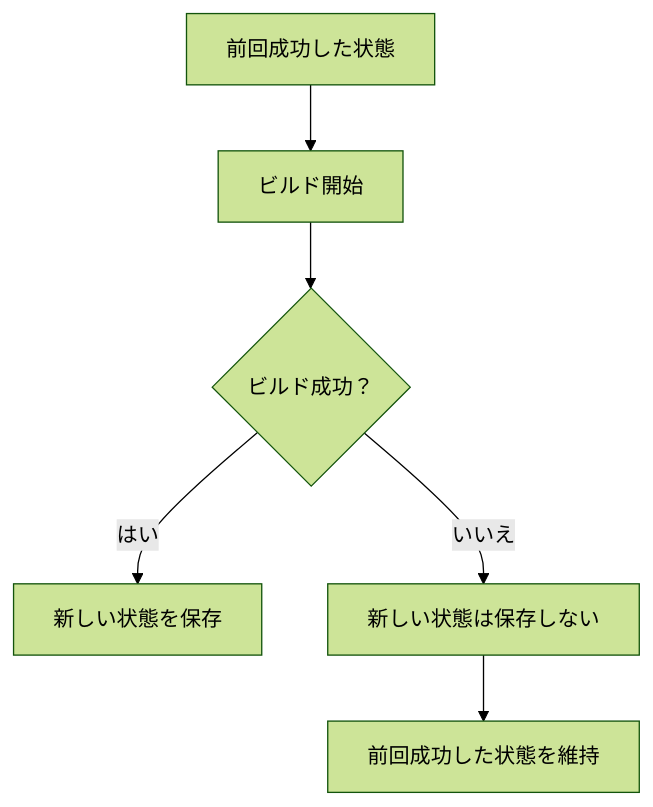
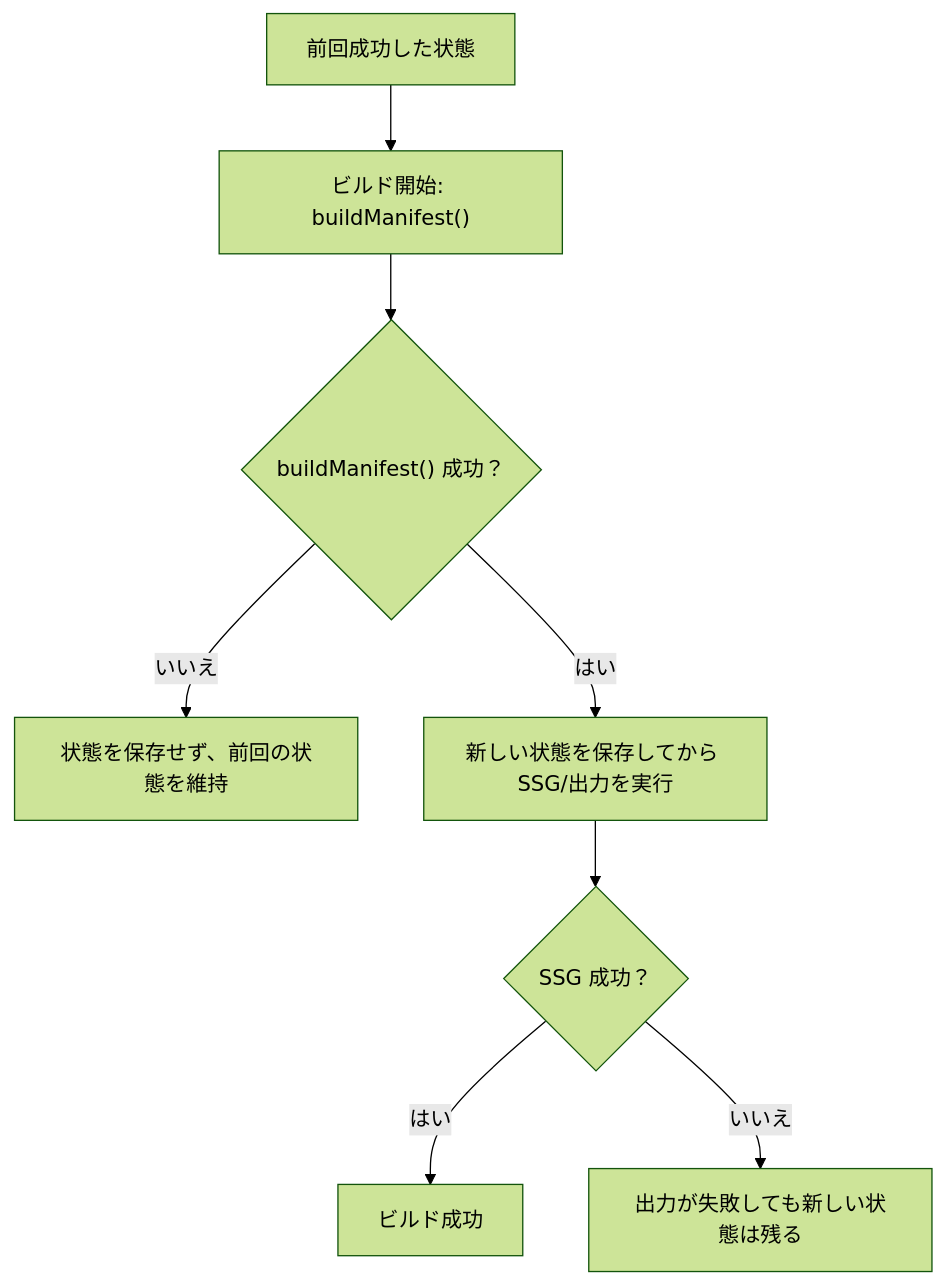
One commit to Rerurate514/riebeckite changed the first of 2 diagrams in docs/docs/framework/build-system/incremental.ja.md. Above: the diagram before and after it, drawn with Mermaid (forest theme). The commit also changed other lines of this file and 47 other files, not shown here.

````diff
--- a/docs/docs/framework/build-system/incremental.ja.md
+++ b/docs/docs/framework/build-system/incremental.ja.md
@@ -46,10 +48,11 @@
 ```mermaid
 flowchart TD
-    A["前回成功した状態"] --> B["ビルド開始"]
-    B --> C{"ビルド成功？"}
+    A["前回成功した状態"] --> B["ビルド開始: buildManifest()"]
+    B --> C{"buildManifest() 成功？"}
+    C -->|いいえ| E["状態を保存せず、前回の状態を維持"]
+    C -->|はい| D["新しい状態を保存してから SSG/出力を実行"]
 
-    C -->|はい| D["新しい状態を保存"]
-    C -->|いいえ| E["新しい状態は保存しない"]
-
-    E --> F["前回成功した状態を維持"]
+    D --> F{"SSG 成功？"}
+    F -->|はい| G["ビルド成功"]
+    F -->|いいえ| H["出力が失敗しても新しい状態は残る"]
 ```
````
